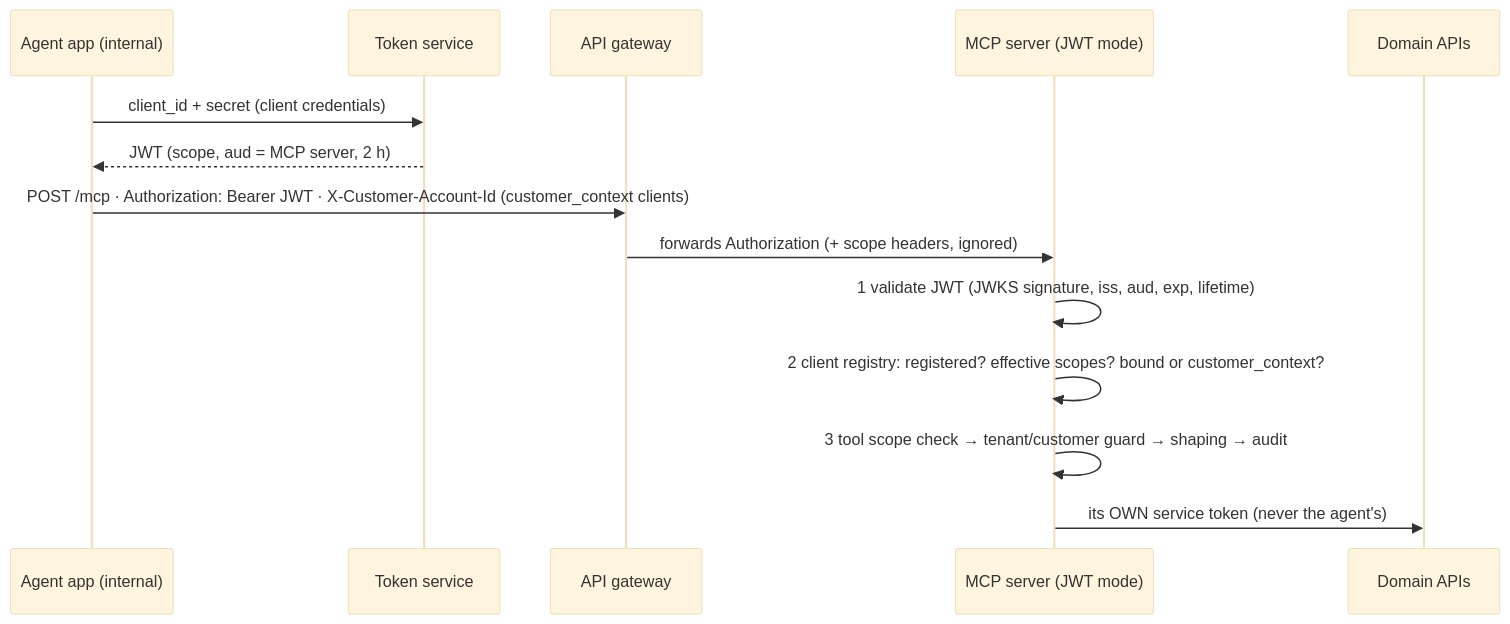
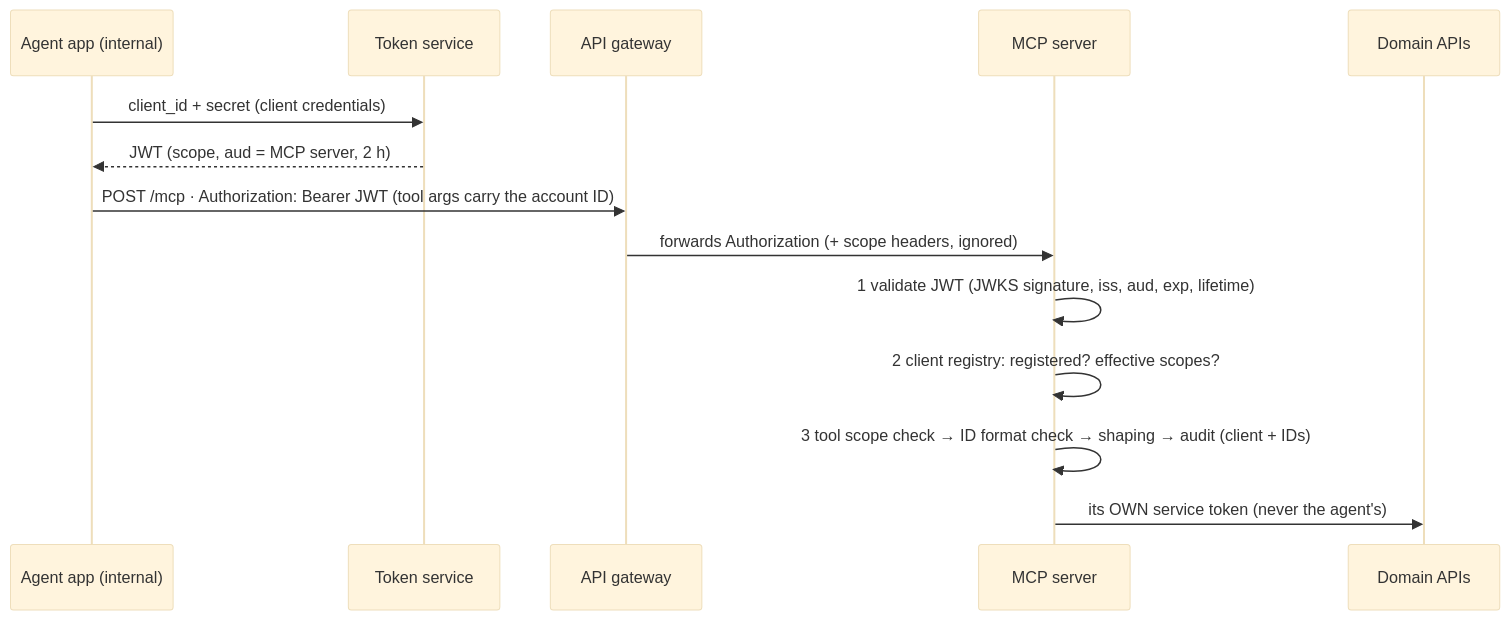
Before and after one commit to teja1989/Intel-Inteligence-mcp: the diagram in docs/07-internal-jwt.md, drawn with Mermaid (base theme). The commit also changed other lines of this file and 72 other files, not shown here.

````diff
--- a/docs/07-internal-jwt.md
+++ b/docs/07-internal-jwt.md
@@ -11,16 +12,16 @@
 ```mermaid
 sequenceDiagram
     participant A as Agent app (internal)
     participant T as Token service
     participant G as API gateway
-    participant S as MCP server (JWT mode)
+    participant S as MCP server
     participant B as Domain APIs
     A->>T: client_id + secret (client credentials)
     T-->>A: JWT (scope, aud = MCP server, 2 h)
-    A->>G: POST /mcp · Authorization: Bearer JWT · X-Customer-Account-Id (customer_context clients)
+    A->>G: POST /mcp · Authorization: Bearer JWT (tool args carry the account ID)
     G->>S: forwards Authorization (+ scope headers, ignored)
     S->>S: 1 validate JWT (JWKS signature, iss, aud, exp, lifetime)
-    S->>S: 2 client registry: registered? effective scopes? bound or customer_context?
-    S->>S: 3 tool scope check → tenant/customer guard → shaping → audit
+    S->>S: 2 client registry: registered? effective scopes?
+    S->>S: 3 tool scope check → ID format check → shaping → audit (client + IDs)
     S->>B: its OWN service token (never the agent's)
 ```
````
